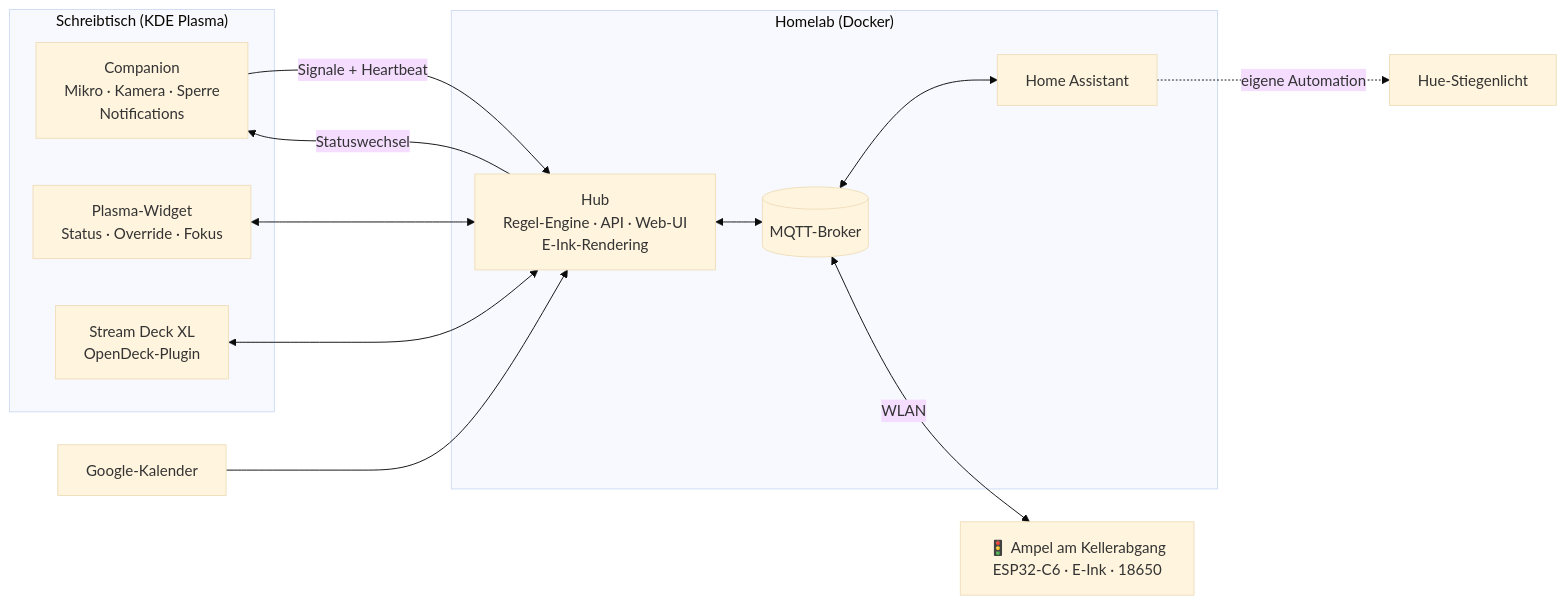
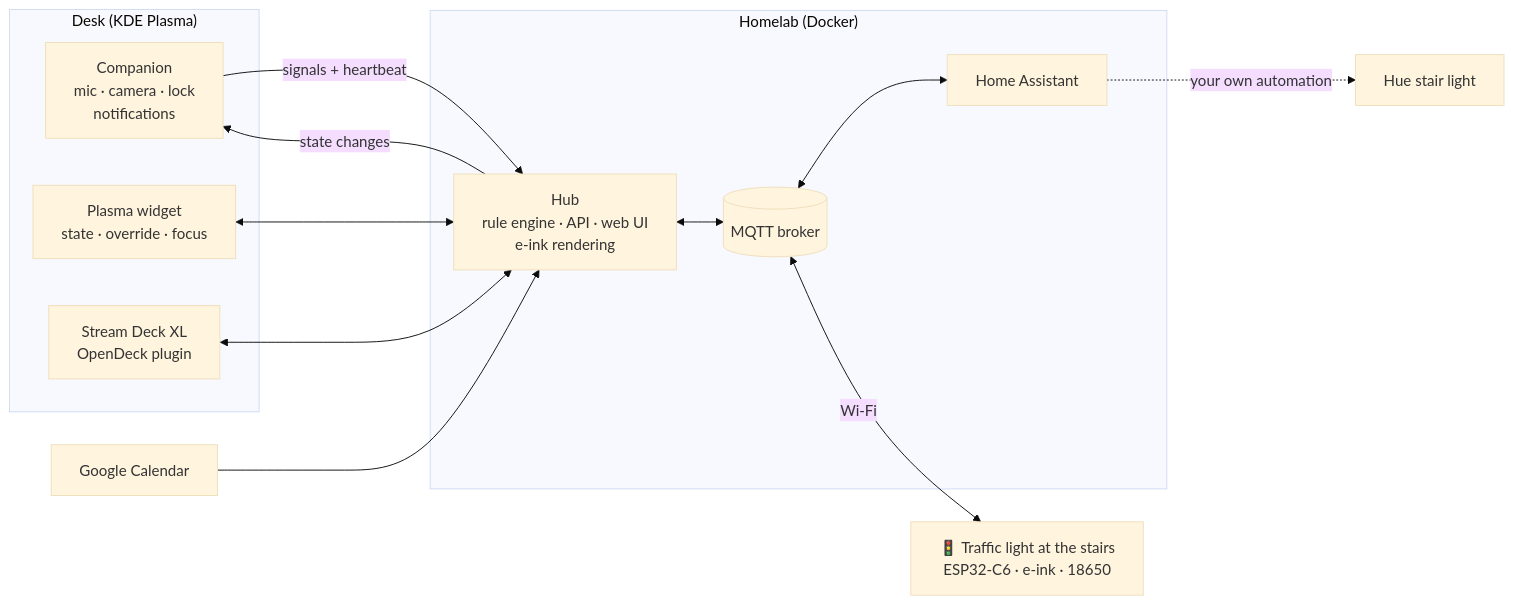
Before and after one commit to padalton/doormutex: the first of 2 diagrams in README.md, drawn with Mermaid (base theme). The commit also changed other lines of this file and 3 other files, not shown here.

````diff
--- a/README.md
+++ b/README.md
@@ -106,22 +106,22 @@
 ```mermaid
 flowchart LR
-  subgraph desk["Schreibtisch (KDE Plasma)"]
-    comp["Companion<br/>Mikro · Kamera · Sperre<br/>Notifications"]
-    widget["Plasma-Widget<br/>Status · Override · Fokus"]
-    deck["Stream Deck XL<br/>OpenDeck-Plugin"]
+  subgraph desk["Desk (KDE Plasma)"]
+    comp["Companion<br/>mic · camera · lock<br/>notifications"]
+    widget["Plasma widget<br/>state · override · focus"]
+    deck["Stream Deck XL<br/>OpenDeck plugin"]
   end
   subgraph lab["Homelab (Docker)"]
-    hub["Hub<br/>Regel-Engine · API · Web-UI<br/>E-Ink-Rendering"]
-    mqtt[("MQTT-Broker")]
+    hub["Hub<br/>rule engine · API · web UI<br/>e-ink rendering"]
+    mqtt[("MQTT broker")]
     ha["Home Assistant"]
   end
-  gcal["Google-Kalender"] --> hub
-  comp -->|Signale + Heartbeat| hub
-  hub -->|Statuswechsel| comp
+  gcal["Google Calendar"] --> hub
+  comp -->|signals + heartbeat| hub
+  hub -->|state changes| comp
   widget <--> hub
   deck <--> hub
   hub <--> mqtt
   mqtt <--> ha
-  mqtt <-->|WLAN| ampel["🚦 Ampel am Kellerabgang<br/>ESP32-C6 · E-Ink · 18650"]
-  ha -.->|eigene Automation| hue["Hue-Stiegenlicht"]
+  mqtt <-->|Wi-Fi| light["🚦 Traffic light at the stairs<br/>ESP32-C6 · e-ink · 18650"]
+  ha -.->|your own automation| hue["Hue stair light"]
 ```
````
